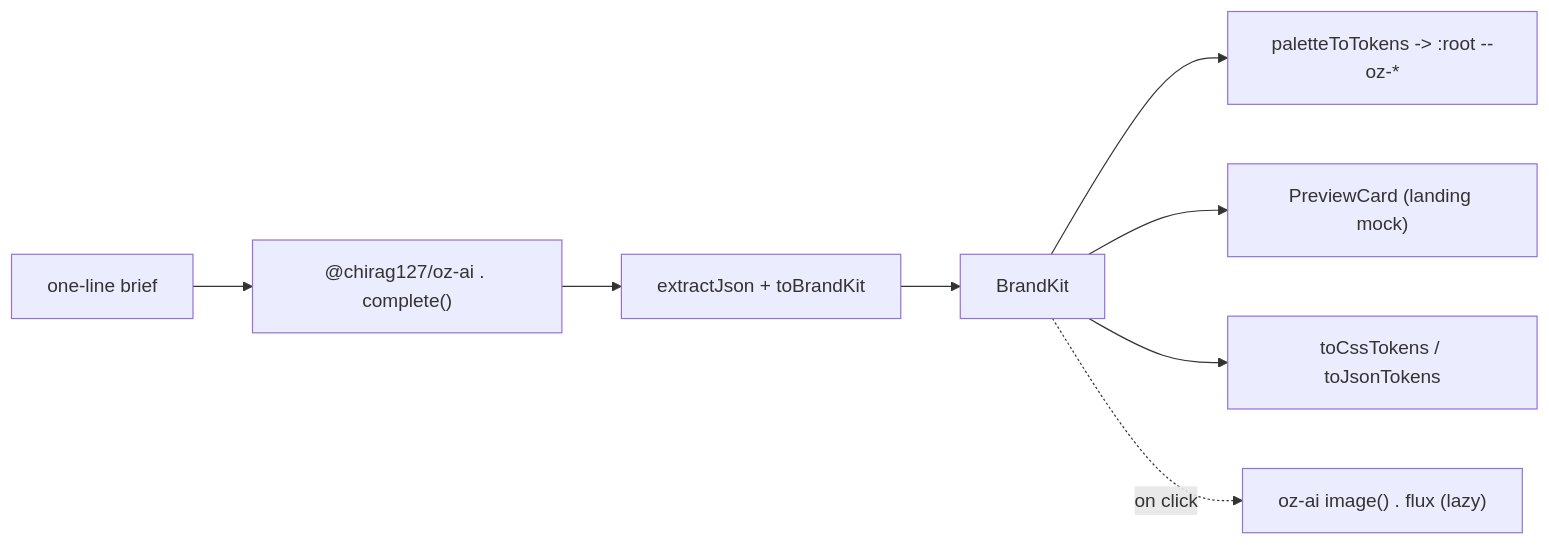
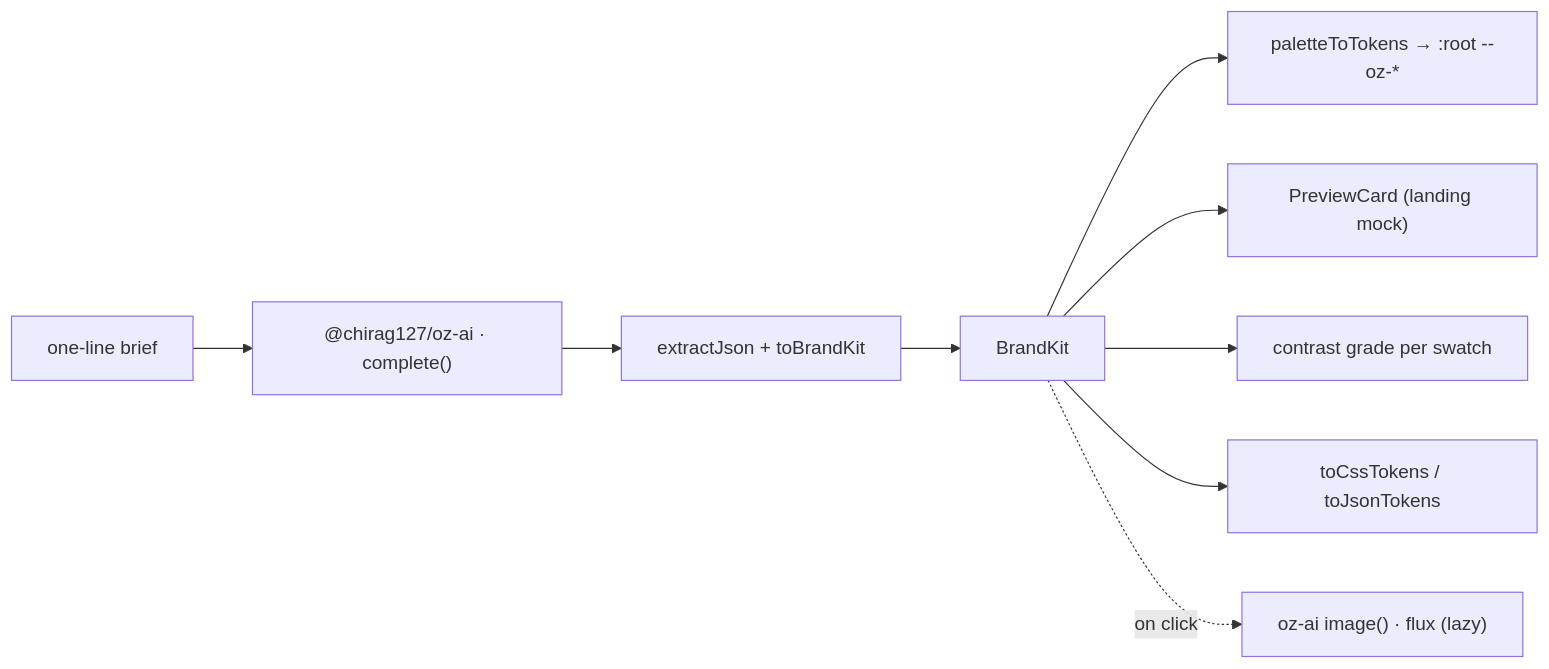
Before and after one commit to chirag127/oriz-palette-ai: the diagram in README.md, drawn with Mermaid. The commit also changed other lines of this file, not shown here.

````diff
--- a/README.md
+++ b/README.md
@@ -24,10 +26,11 @@
 ```mermaid
 flowchart LR
-  Brief["one-line brief"] --> AI["@chirag127/oz-ai . complete()"]
+  Brief["one-line brief"] --> AI["@chirag127/oz-ai · complete()"]
   AI --> JSON["extractJson + toBrandKit"]
   JSON --> Kit["BrandKit"]
-  Kit --> Theme["paletteToTokens -> :root --oz-*"]
+  Kit --> Theme["paletteToTokens → :root --oz-*"]
   Kit --> Preview["PreviewCard (landing mock)"]
+  Kit --> WCAG["contrast grade per swatch"]
   Kit --> Export["toCssTokens / toJsonTokens"]
-  Kit -. on click .-> Logo["oz-ai image() . flux (lazy)"]
+  Kit -. on click .-> Logo["oz-ai image() · flux (lazy)"]
 ```
````
